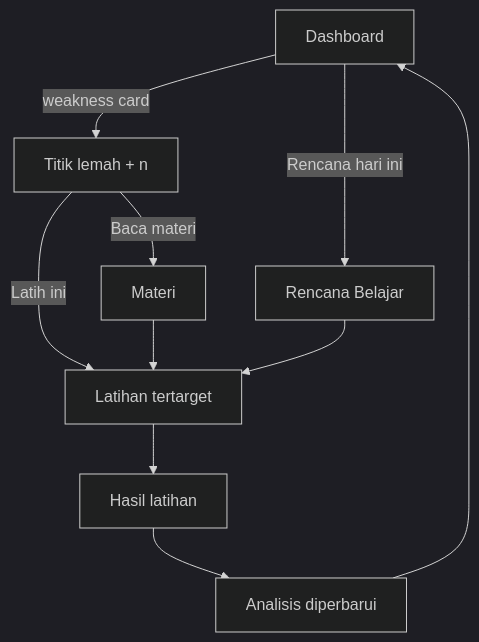
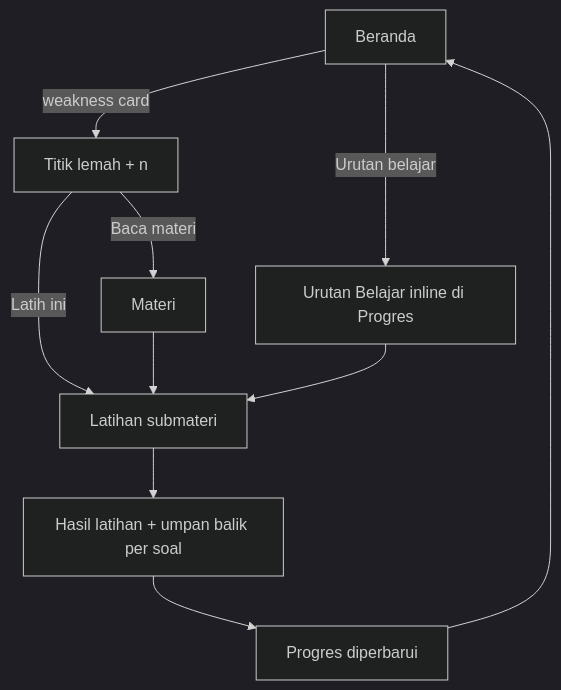
Before and after one commit to Sakbanullah/tryoutsim: the second of 8 diagrams in docs/product/USER_JOURNEYS.md, drawn with Mermaid (dark theme). The commit also changed other lines of this file and 74 other files, not shown here.

````diff
--- a/docs/product/USER_JOURNEYS.md
+++ b/docs/product/USER_JOURNEYS.md
@@ -54,12 +60,12 @@
 ```mermaid
 flowchart TD
-  D[Dashboard] -->|weakness card| W[Titik lemah + n]
-  W -->|"Latih ini"| P[Latihan tertarget]
-  P --> R[Hasil latihan]
-  R --> A[Analisis diperbarui]
-  A --> D
+  B[Beranda] -->|weakness card| W[Titik lemah + n]
+  W -->|"Latih ini"| P[Latihan submateri]
+  P --> R[Hasil latihan + umpan balik per soal]
+  R --> A[Progres diperbarui]
+  A --> B
   W -->|"Baca materi"| M[Materi]
   M --> P
-  D -->|"Rencana hari ini"| PL[Rencana Belajar]
+  B -->|"Urutan belajar"| PL[Urutan Belajar inline di Progres]
   PL --> P
 ```
````
